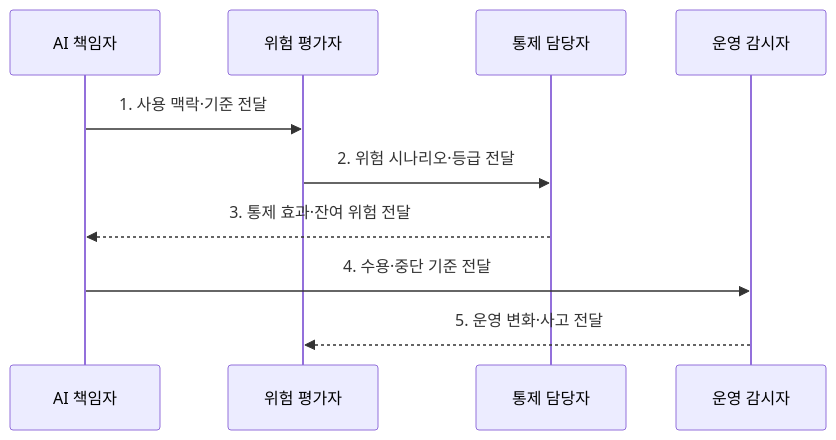
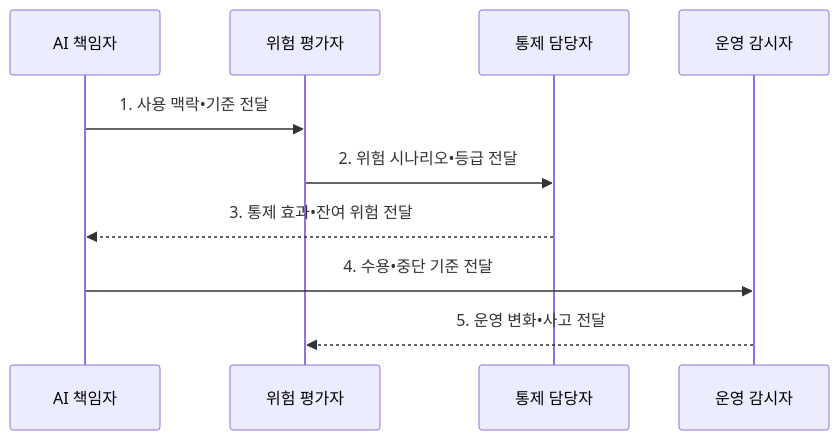
Before and after one commit to agnusdei1207/knowledge-base: the second of 2 diagrams in src/content/docs/notes/08-latest-tech/102_ai_risk_management.md, drawn with Mermaid. The commit also changed other lines of this file and 953 other files, not shown here.

````diff
--- a/src/content/docs/notes/08-latest-tech/102_ai_risk_management.md
+++ b/src/content/docs/notes/08-latest-tech/102_ai_risk_management.md
@@ -105,12 +105,12 @@
 ```mermaid
 sequenceDiagram
     participant O as AI 책임자
     participant R as 위험 평가자
     participant C as 통제 담당자
     participant M as 운영 감시자
-    O->>R: 1. 사용 맥락·기준 전달
-    R->>C: 2. 위험 시나리오·등급 전달
-    C-->>O: 3. 통제 효과·잔여 위험 전달
-    O->>M: 4. 수용·중단 기준 전달
-    M-->>R: 5. 운영 변화·사고 전달
+    O->>R: 1. 사용 맥락•기준 전달
+    R->>C: 2. 위험 시나리오•등급 전달
+    C-->>O: 3. 통제 효과•잔여 위험 전달
+    O->>M: 4. 수용•중단 기준 전달
+    M-->>R: 5. 운영 변화•사고 전달
 ```
````
